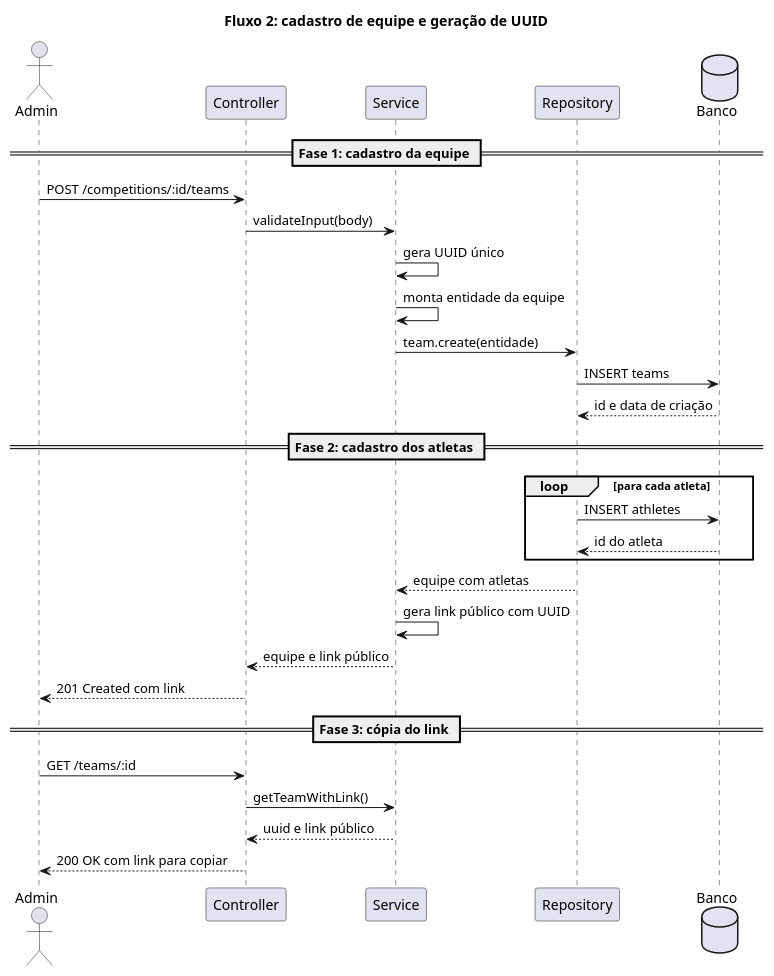
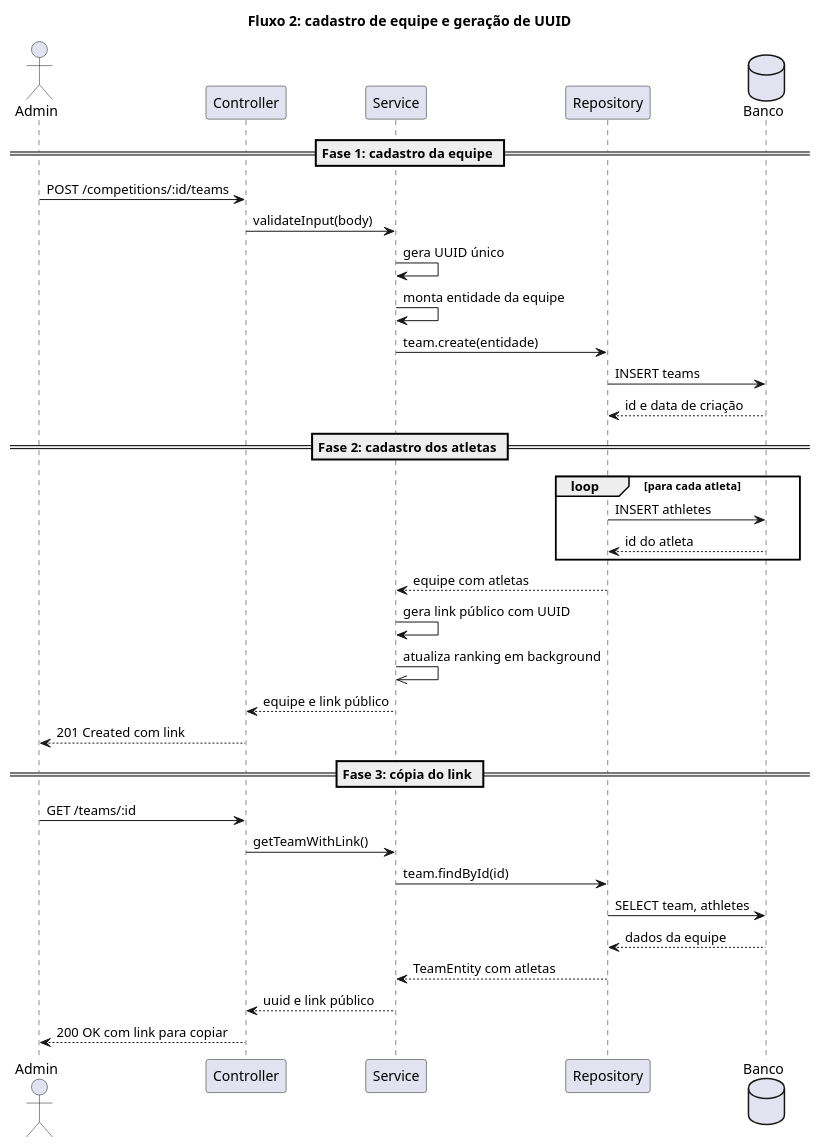
One commit to Julia-Khristina/RedBull changed the second of 2 diagrams in documentos/outros/diagramas-sequencia-puml.md. Above: the diagram before and after it, drawn with PlantUML. The commit also changed other lines of this file and 3 other files, not shown here.

First line of the commit message:
docs(diagramas): ajusta diagramas uml personas 1 e 2

````diff
--- a/documentos/outros/diagramas-sequencia-puml.md
+++ b/documentos/outros/diagramas-sequencia-puml.md
@@ -57,42 +63,47 @@
 ```puml
 @startuml
 
 title Fluxo 2: cadastro de equipe e geração de UUID
 
 actor Admin
 participant Controller
 participant Service
 participant Repository
 database Banco
 
 == Fase 1: cadastro da equipe ==
 
 Admin -> Controller : POST /competitions/:id/teams
 Controller -> Service : validateInput(body)
 Service -> Service : gera UUID único
 Service -> Service : monta entidade da equipe
 Service -> Repository : team.create(entidade)
 Repository -> Banco : INSERT teams
 Banco --> Repository : id e data de criação
 
 == Fase 2: cadastro dos atletas ==
 
 loop para cada atleta
   Repository -> Banco : INSERT athletes
   Banco --> Repository : id do atleta
 end
 
 Repository --> Service : equipe com atletas
 Service -> Service : gera link público com UUID
+Service ->> Service : atualiza ranking em background
 Service --> Controller : equipe e link público
 Controller --> Admin : 201 Created com link
 
 == Fase 3: cópia do link ==
 
 Admin -> Controller : GET /teams/:id
 Controller -> Service : getTeamWithLink()
+Service -> Repository : team.findById(id)
+Repository -> Banco : SELECT team, athletes
+Banco --> Repository : dados da equipe
+Repository --> Service : TeamEntity com atletas
 Service --> Controller : uuid e link público
 Controller --> Admin : 200 OK com link para copiar
 
 @enduml
 ```
````
